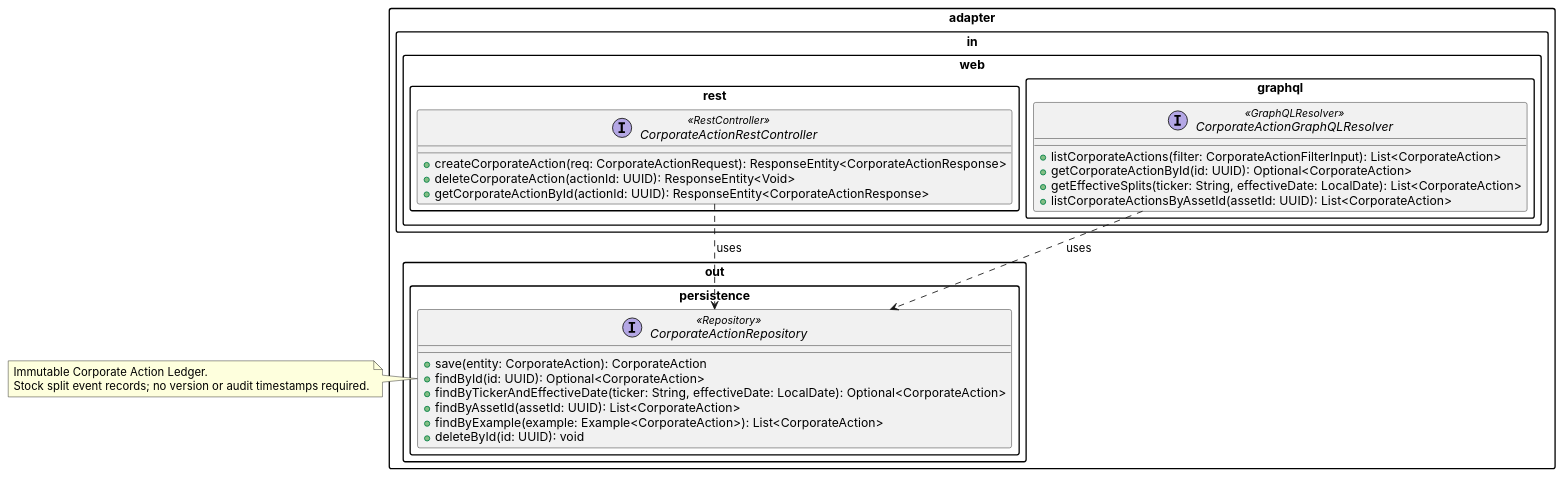
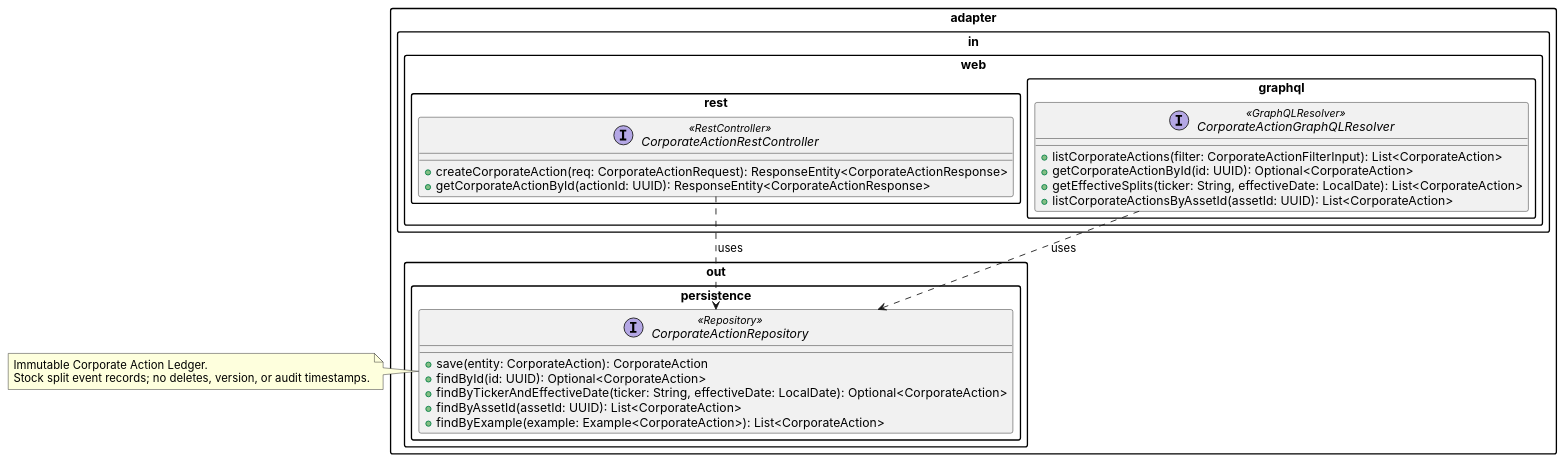
Before and after one commit to linuschien/etf-alpha-harvester: the diagram in docs/02-design-specs/uml/corporate_action_contract.puml, drawn with PlantUML. The commit also changed 8 other files, not shown here.

```diff
--- a/docs/02-design-specs/uml/corporate_action_contract.puml
+++ b/docs/02-design-specs/uml/corporate_action_contract.puml
@@ -1,47 +1,45 @@
 @startuml corporate_action_contract
 
 !pragma layout smetana
 skinparam packageStyle rectangle
 skinparam defaultFontName Inter
 
 package "adapter.in.web.rest" {
   interface "CorporateActionRestController" <<RestController>> {
-    ' --- Ingest / Delete ---
+    ' --- Ingest ---
     + createCorporateAction(req: CorporateActionRequest): ResponseEntity<CorporateActionResponse>
-    + deleteCorporateAction(actionId: UUID): ResponseEntity<Void>
     ' --- Single-resource Query ---
     + getCorporateActionById(actionId: UUID): ResponseEntity<CorporateActionResponse>
   }
 }
 
 package "adapter.in.web.graphql" {
   interface "CorporateActionGraphQLResolver" <<GraphQLResolver>> {
     ' --- Collection / Filtered Queries ---
     + listCorporateActions(filter: CorporateActionFilterInput): List<CorporateAction>
     + getCorporateActionById(id: UUID): Optional<CorporateAction>
     + getEffectiveSplits(ticker: String, effectiveDate: LocalDate): List<CorporateAction>
     + listCorporateActionsByAssetId(assetId: UUID): List<CorporateAction>
   }
 }
 
 package "adapter.out.persistence" {
   interface "CorporateActionRepository" <<Repository>> {
     + save(entity: CorporateAction): CorporateAction
     + findById(id: UUID): Optional<CorporateAction>
     + findByTickerAndEffectiveDate(ticker: String, effectiveDate: LocalDate): Optional<CorporateAction>
     + findByAssetId(assetId: UUID): List<CorporateAction>
     + findByExample(example: Example<CorporateAction>): List<CorporateAction>
-    + deleteById(id: UUID): void
   }
 }
 
 note right of CorporateActionRepository
   Immutable Corporate Action Ledger.
-  Stock split event records; no version or audit timestamps required.
+  Stock split event records; no deletes, version, or audit timestamps.
 end note
 
 ' === Dependency Arrows ===
 "CorporateActionRestController"  ..> "CorporateActionRepository" : uses
 "CorporateActionGraphQLResolver" ..> "CorporateActionRepository" : uses
 
 @enduml
```
